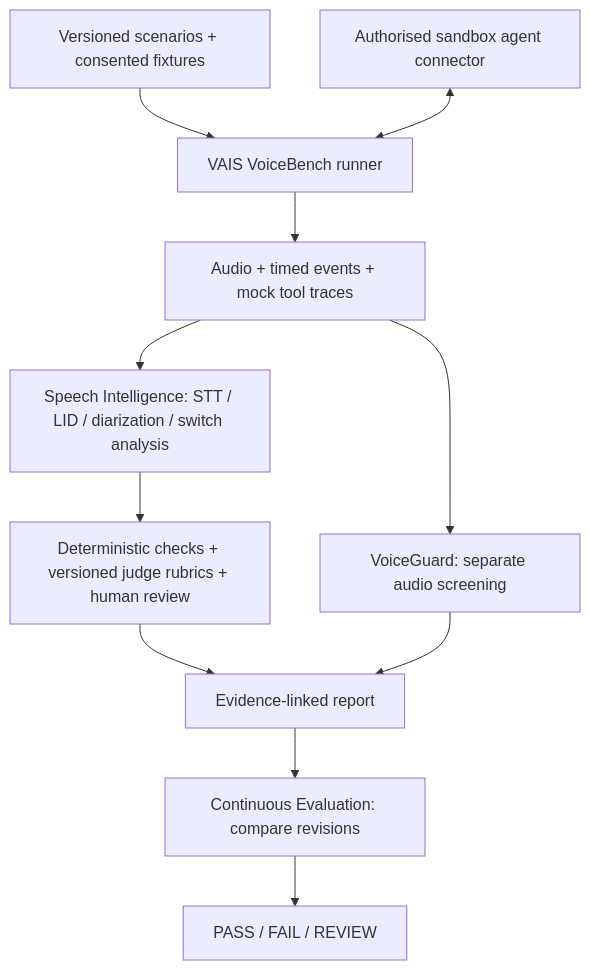
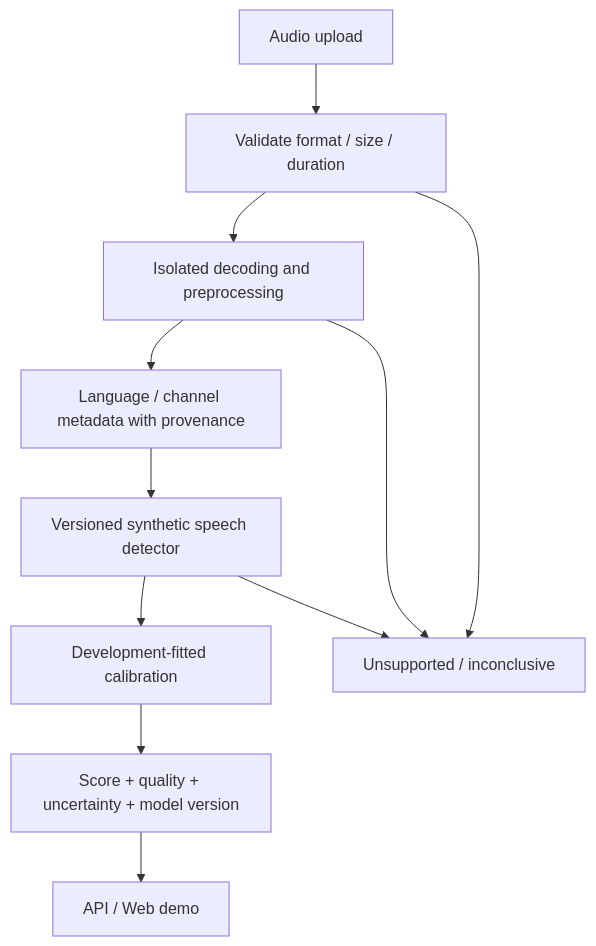
One commit to KazakhstanAi/kazakh-russian-speech-intelligence changed the diagram in docs/architecture.md. Above: the diagram before and after it, drawn with Mermaid. The commit also changed other lines of this file and 14 other files, not shown here.

Commit message:
Narrow VAIS Voice research to KZ-RU synthetic speech detection

````diff
--- a/docs/architecture.md
+++ b/docs/architecture.md
@@ -5,13 +5,13 @@
 ```mermaid
 flowchart TD
-    S[Versioned scenarios + consented fixtures] --> B[VAIS VoiceBench runner]
-    A[Authorised sandbox agent connector] <--> B
-    B --> T[Audio + timed events + mock tool traces]
-    T --> I[Speech Intelligence: STT / LID / diarization / switch analysis]
-    T --> G[VoiceGuard: separate audio screening]
-    I --> E[Deterministic checks + versioned judge rubrics + human review]
-    E --> R[Evidence-linked report]
-    G --> R
-    R --> C[Continuous Evaluation: compare revisions]
-    C --> D[PASS / FAIL / REVIEW]
+    A[Audio upload] --> V[Validate format / size / duration]
+    V --> P[Isolated decoding and preprocessing]
+    P --> M[Language / channel metadata with provenance]
+    M --> D[Versioned synthetic speech detector]
+    D --> C[Development-fitted calibration]
+    C --> R[Score + quality + uncertainty + model version]
+    R --> W[API / Web demo]
+    V --> U[Unsupported / inconclusive]
+    P --> U
+    D --> U
 ```
````
